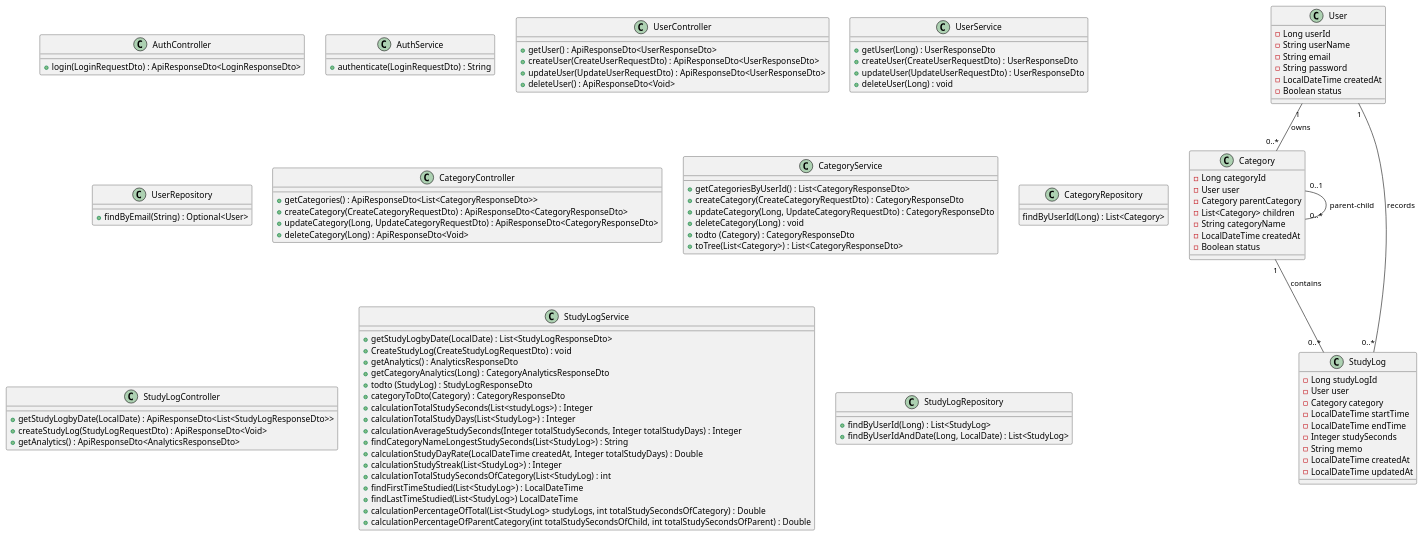
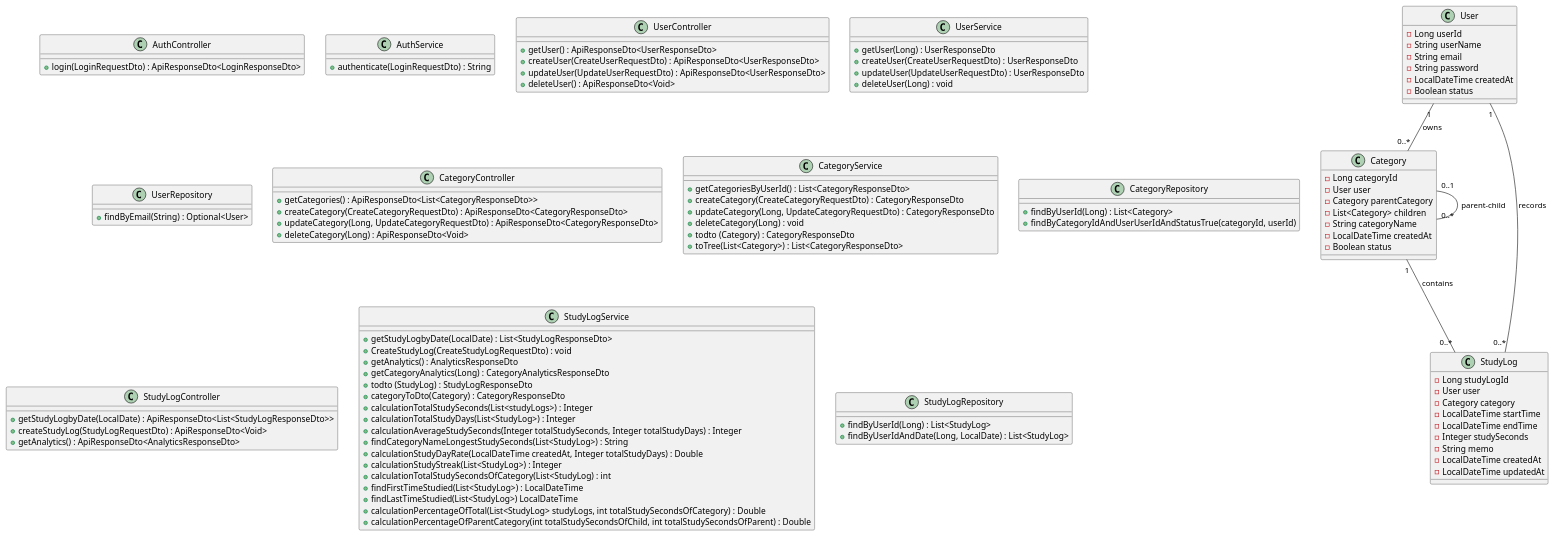
Before and after one commit to ShumpeiKawamura37/portfolio-study-management-app: the diagram in backend/study-management-app/docs/uml/code/class/class-main.puml, drawn with PlantUML. The commit also changed 17 other files, not shown here.

```diff
--- a/backend/study-management-app/docs/uml/code/class/class-main.puml
+++ b/backend/study-management-app/docs/uml/code/class/class-main.puml
@@ -1,113 +1,114 @@
 @startuml
 
 class User { 
   - Long userId 
   - String userName 
   - String email 
   - String password 
   - LocalDateTime createdAt
   - Boolean status 
 } 
 class Category { 
   - Long categoryId
   - User user
   - Category parentCategory
   - List<Category> children
   - String categoryName
   - LocalDateTime createdAt
   - Boolean status
 }
 class StudyLog { 
   - Long studyLogId 
   - User user
   - Category category
   - LocalDateTime startTime 
   - LocalDateTime endTime 
   - Integer studySeconds
   - String memo 
   - LocalDateTime createdAt 
   - LocalDateTime updatedAt
 }
 
 class AuthController {
   + login(LoginRequestDto) : ApiResponseDto<LoginResponseDto>
 }
 
 class AuthService {
   + authenticate(LoginRequestDto) : String
 }
 
 class UserController {
   + getUser() : ApiResponseDto<UserResponseDto>
   + createUser(CreateUserRequestDto) : ApiResponseDto<UserResponseDto>
   + updateUser(UpdateUserRequestDto) : ApiResponseDto<UserResponseDto>
   + deleteUser() : ApiResponseDto<Void>
 }
 
 class UserService {
   + getUser(Long) : UserResponseDto
   + createUser(CreateUserRequestDto) : UserResponseDto
   + updateUser(UpdateUserRequestDto) : UserResponseDto
   + deleteUser(Long) : void
 }
 
 class UserRepository {
   + findByEmail(String) : Optional<User>
 }
 
 class CategoryController {
   + getCategories() : ApiResponseDto<List<CategoryResponseDto>>
   + createCategory(CreateCategoryRequestDto) : ApiResponseDto<CategoryResponseDto>
   + updateCategory(Long, UpdateCategoryRequestDto) : ApiResponseDto<CategoryResponseDto>
   + deleteCategory(Long) : ApiResponseDto<Void>
 }
 
 class CategoryService {
   + getCategoriesByUserId() : List<CategoryResponseDto>
   + createCategory(CreateCategoryRequestDto) : CategoryResponseDto
   + updateCategory(Long, UpdateCategoryRequestDto) : CategoryResponseDto
   + deleteCategory(Long) : void
   + todto (Category) : CategoryResponseDto
   + toTree(List<Category>) : List<CategoryResponseDto>
 }
 
 class CategoryRepository {
-  findByUserId(Long) : List<Category>
+  + findByUserId(Long) : List<Category>
+  + findByCategoryIdAndUserUserIdAndStatusTrue(categoryId, userId)
 }
 
 class StudyLogController {
   + getStudyLogbyDate(LocalDate) : ApiResponseDto<List<StudyLogResponseDto>>
   + createStudyLog(StudyLogRequestDto) : ApiResponseDto<Void>
   + getAnalytics() : ApiResponseDto<AnalyticsResponseDto> 
 }
 
 class StudyLogService {
   + getStudyLogbyDate(LocalDate) : List<StudyLogResponseDto>
   + CreateStudyLog(CreateStudyLogRequestDto) : void
   + getAnalytics() : AnalyticsResponseDto
   + getCategoryAnalytics(Long) : CategoryAnalyticsResponseDto 
   + todto (StudyLog) : StudyLogResponseDto
   + categoryToDto(Category) : CategoryResponseDto 
   + calculationTotalStudySeconds(List<studyLogs>) : Integer
   + calculationTotalStudyDays(List<StudyLog>) : Integer
   + calculationAverageStudySeconds(Integer totalStudySeconds, Integer totalStudyDays) : Integer
   + findCategoryNameLongestStudySeconds(List<StudyLog>) : String
   + calculationStudyDayRate(LocalDateTime createdAt, Integer totalStudyDays) : Double
   + calculationStudyStreak(List<StudyLog>) : Integer
   + calculationTotalStudySecondsOfCategory(List<StudyLog) : int
   + findFirstTimeStudied(List<StudyLog>) : LocalDateTime
   + findLastTimeStudied(List<StudyLog>) LocalDateTime
   + calculationPercentageOfTotal(List<StudyLog> studyLogs, int totalStudySecondsOfCategory) : Double
   + calculationPercentageOfParentCategory(int totalStudySecondsOfChild, int totalStudySecondsOfParent) : Double
 }
 
 class StudyLogRepository {
   + findByUserId(Long) : List<StudyLog>
   + findByUserIdAndDate(Long, LocalDate) : List<StudyLog>
 }
 
 User "1" -- "0..*" Category : owns
 Category "1" -- "0..*" StudyLog : contains
 User "1" -- "0..*" StudyLog : records
 Category "0..1" -- "0..*" Category : parent-child
 @enduml
```
